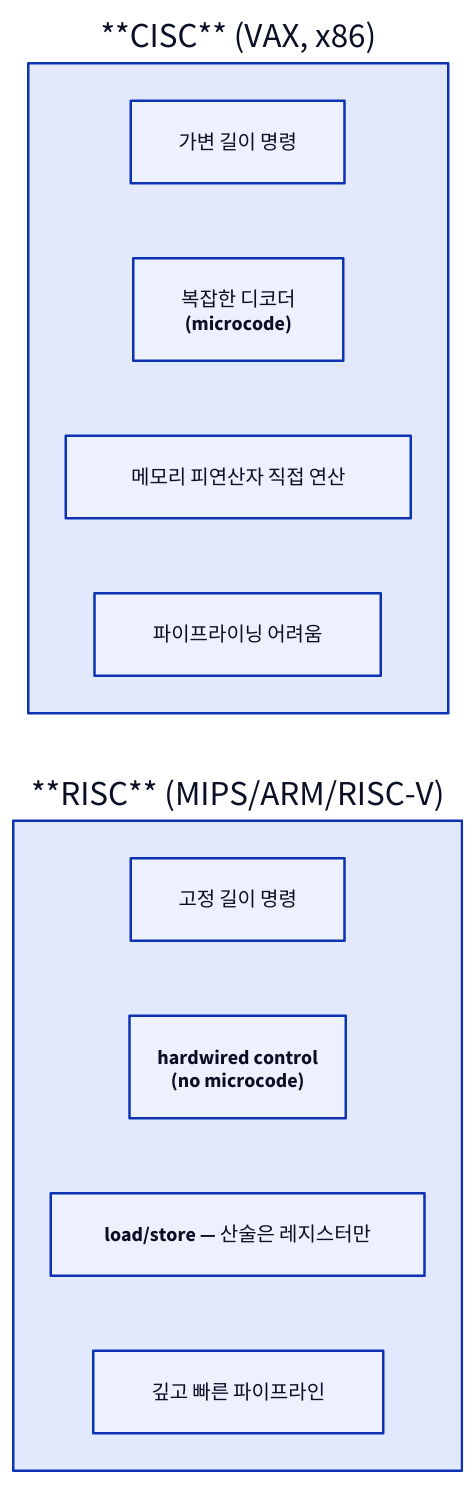
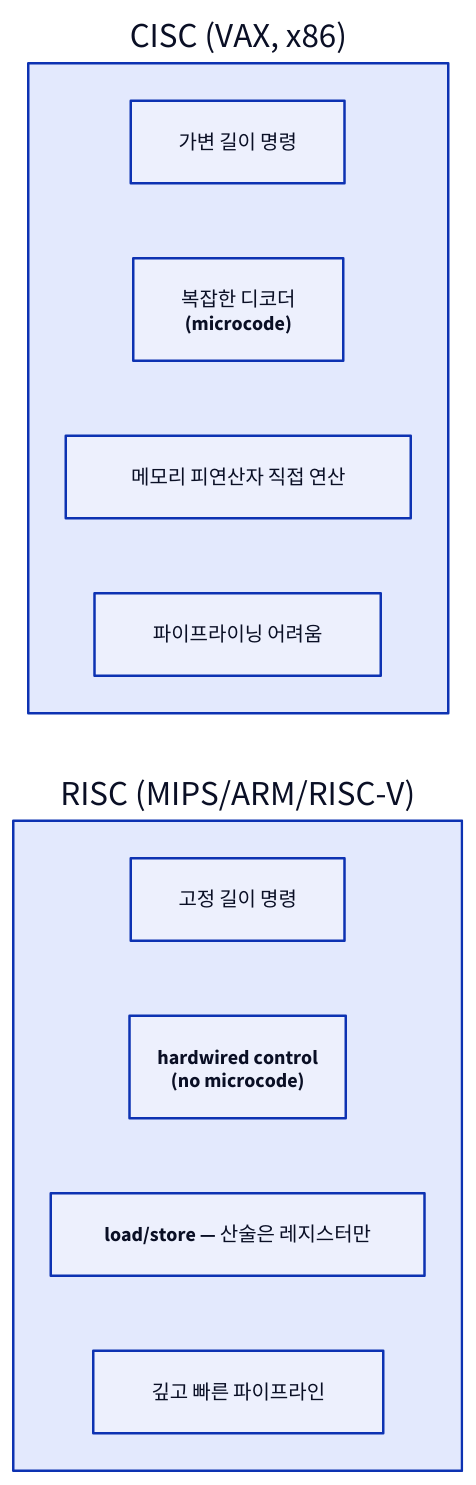
One commit to humbleowl39/DV_SKOOL changed the third of 4 diagrams in starlight_site/src/content/docs/computer_architecture/05_isa_riscv.md. Above: the diagram before and after it, drawn with D2. The commit also changed other lines of this file and 714 other files, not shown here.

First line of the commit message:
fix(site): d2 다이어그램 가독성 결함 6종 일괄 수정

````diff
--- a/starlight_site/src/content/docs/computer_architecture/05_isa_riscv.md
+++ b/starlight_site/src/content/docs/computer_architecture/05_isa_riscv.md
@@ -114,16 +114,16 @@
 ```d2
 direction: right
 
-CISC: "**CISC** (VAX, x86)" {
+CISC: "CISC (VAX, x86)" {
   c1: "가변 길이 명령"
   c2: "복잡한 디코더\n(microcode)"
   c3: "메모리 피연산자 직접 연산"
   c4: "파이프라이닝 어려움"
 }
-RISC: "**RISC** (MIPS/ARM/RISC-V)" {
+RISC: "RISC (MIPS/ARM/RISC-V)" {
   r1: "고정 길이 명령"
   r2: "hardwired control\n(no microcode)"
   r3: "load/store — 산술은 레지스터만"
   r4: "깊고 빠른 파이프라인"
 }
 ```
````
